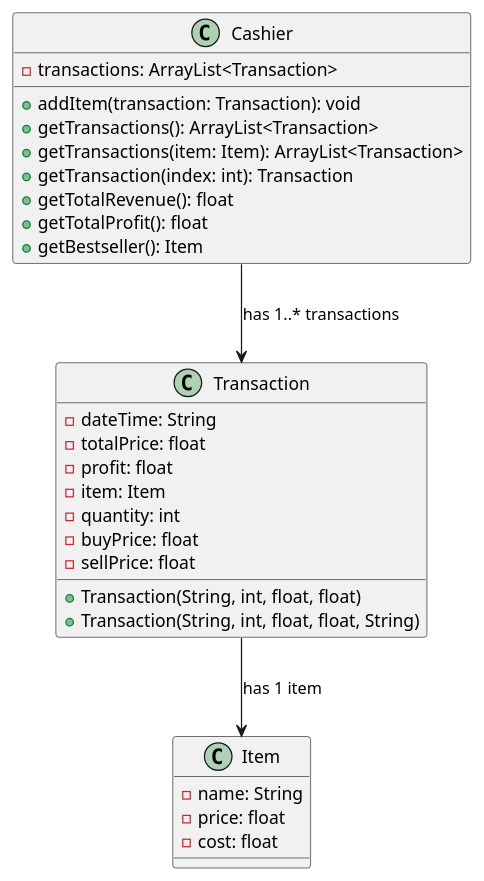
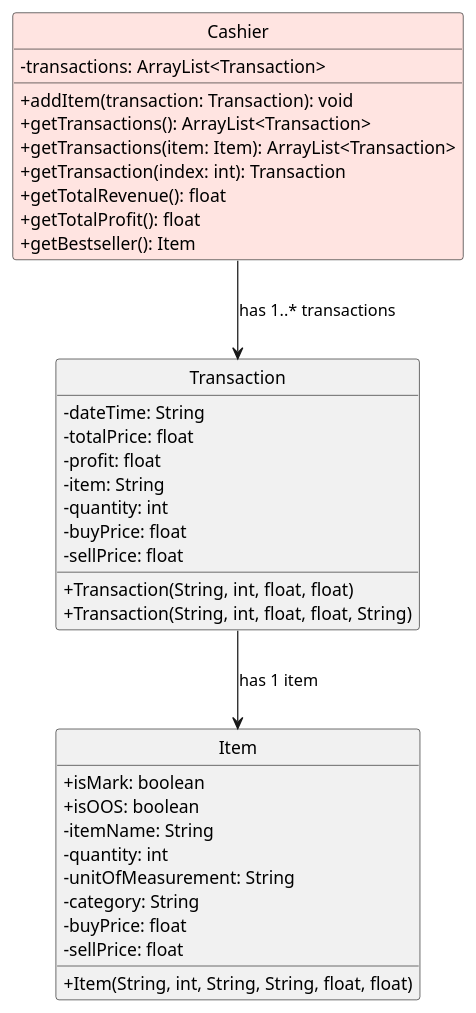
The diagram in docs/Diagrams/PUML files/Cashier/CashierClassDiagram.puml (LowTL/tp), drawn with PlantUML before and after one commit. The commit also changed 9 other files, not shown here.

Commit message:
Update PUML diagrams

```diff
--- a/docs/Diagrams/PUML files/Cashier/CashierClassDiagram.puml
+++ b/docs/Diagrams/PUML files/Cashier/CashierClassDiagram.puml
@@ -1,36 +1,46 @@
 @startuml
 
-class Cashier {
+skinparam classFontColor automatic
+
+class Cashier #MistyRose {
     - transactions: ArrayList<Transaction>
     + addItem(transaction: Transaction): void
     + getTransactions(): ArrayList<Transaction>
     + getTransactions(item: Item): ArrayList<Transaction>
     + getTransaction(index: int): Transaction
     + getTotalRevenue(): float
     + getTotalProfit(): float
     + getBestseller(): Item
 }
 
 class Transaction {
     - dateTime: String
     - totalPrice: float
     - profit: float
-    - item: Item
+    - item: String
     - quantity: int
     - buyPrice: float
     - sellPrice: float
 
     + Transaction(String, int, float, float)
     + Transaction(String, int, float, float, String)
 }
 
 class Item {
-    - name: String
-    - price: float
-    - cost: float
+    + isMark: boolean
+    + isOOS: boolean
+    - itemName: String
+    - quantity: int
+    - unitOfMeasurement: String
+    - category: String
+    - buyPrice: float
+    - sellPrice: float
+    +Item(String, int, String, String, float, float)
 }
 
 Cashier --> Transaction : has 1..* transactions
 Transaction --> Item : has 1 item
 
+hide circle
+skinparam classAttributeIconSize 0
 @enduml
```
